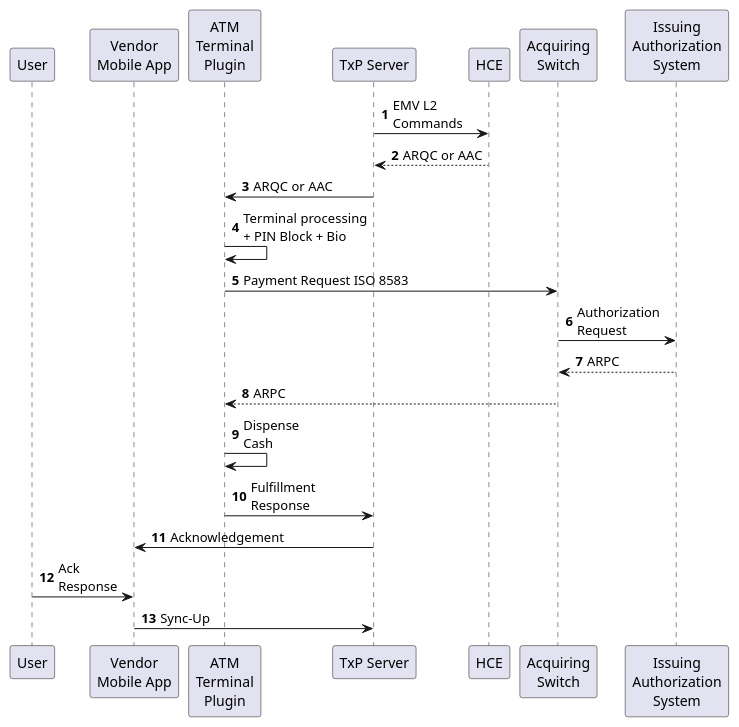
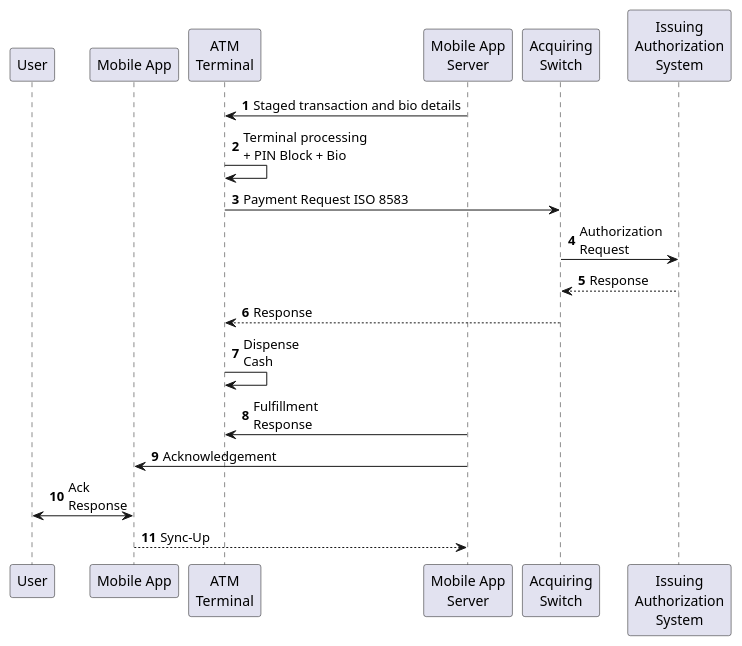
The diagram in p1940CashDisburse.plantuml (p1940/p1940), drawn with PlantUML before and after one commit.

Commit message:
Update CashDisburse per Scott Green

```diff
--- a/p1940CashDisburse.plantuml
+++ b/p1940CashDisburse.plantuml
@@ -1,24 +1,22 @@
 @startuml
 autonumber
 participant "User" as User
-participant "Vendor\nMobile App" as MobileApp
-participant "ATM\nTerminal\nPlugin" as ATM
-participant "TxP Server" as TxP
-participant "HCE" as HCE
+participant "Mobile App" as MobileApp 
+participant "ATM\nTerminal" as ATM
+participant "Mobile App\nServer" as MobileSrv
 participant "Acquiring\nSwitch" as Switch
 participant "Issuing\nAuthorization\nSystem" as Issuer
 
-TxP -> HCE : EMV L2\nCommands
-HCE --> TxP : ARQC or AAC
-TxP -> ATM : ARQC or AAC
+
+MobileSrv -> ATM : Staged transaction and bio details
 ATM -> ATM : Terminal processing\n+ PIN Block + Bio
 ATM -> Switch : Payment Request ISO 8583
 Switch -> Issuer : Authorization\nRequest
-Issuer --> Switch : ARPC
-Switch --> ATM : ARPC
+Issuer --> Switch : Response
+Switch --> ATM : Response
 ATM -> ATM : Dispense\nCash
-ATM -> TxP : Fulfillment\nResponse
-TxP -> MobileApp : Acknowledgement
-User ->  MobileApp : Ack\nResponse
-MobileApp -> TxP : Sync-Up
+MobileSrv -> ATM : Fulfillment\nResponse
+MobileSrv -> MobileApp : Acknowledgement
+User <->  MobileApp : Ack\nResponse
+MobileApp --> MobileSrv : Sync-Up
 @enduml
```
